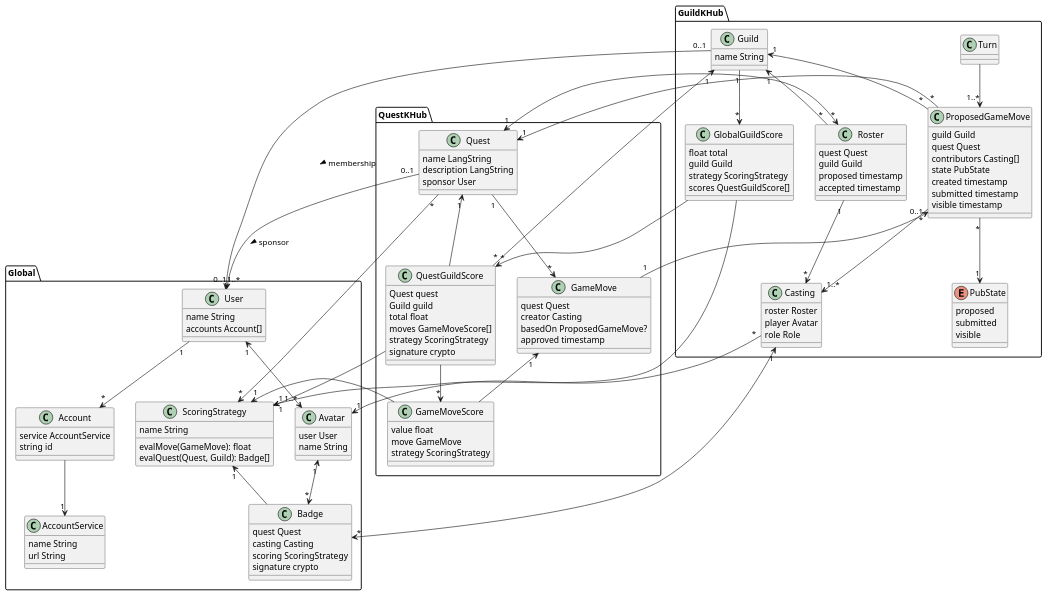
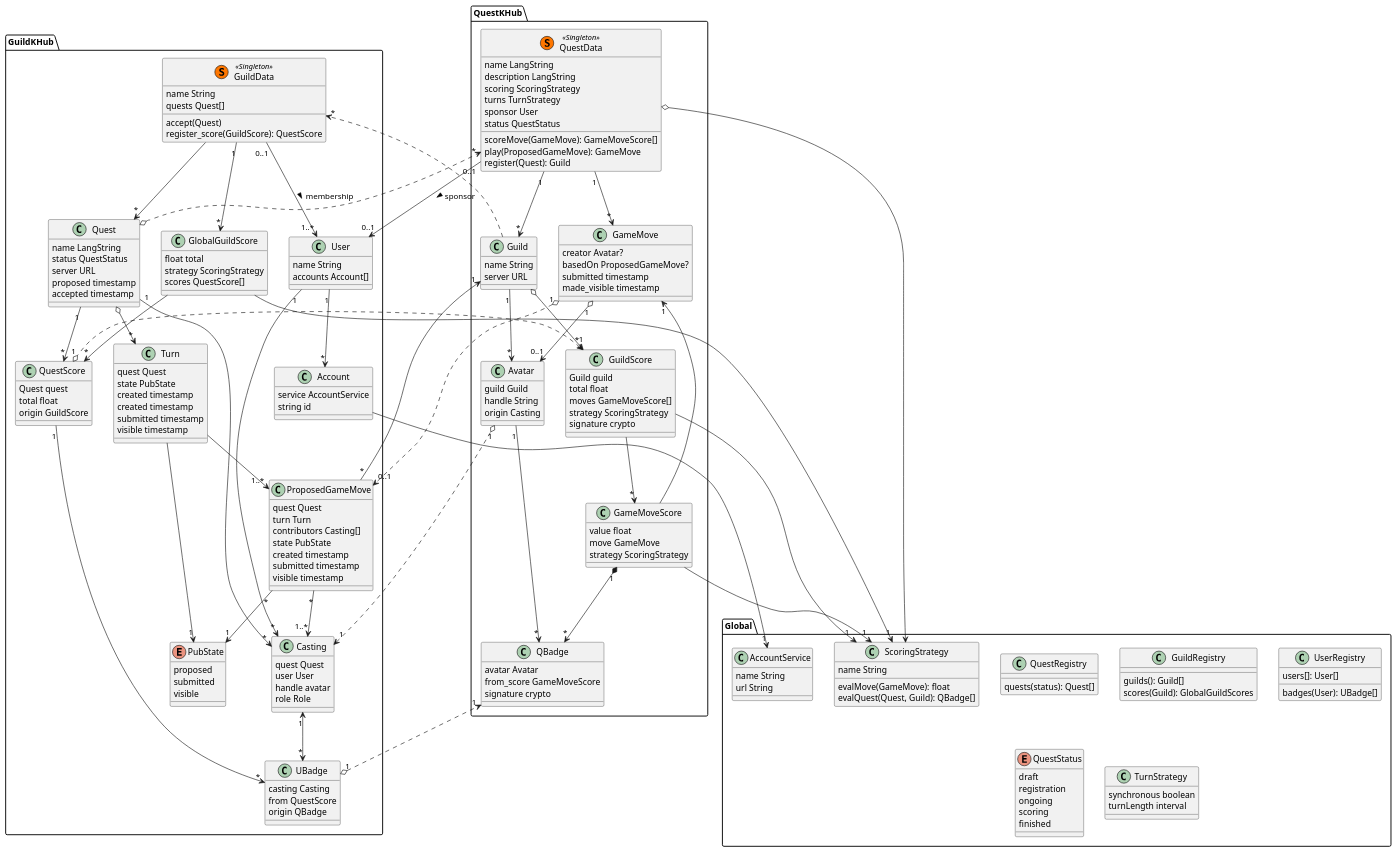
One commit to topicquests/sensecraft changed the diagram in documentation/diagrams/qaas.puml. Above: the diagram before and after it, drawn with PlantUML.

Commit message:
new quest diagram

```diff
--- a/documentation/diagrams/qaas.puml
+++ b/documentation/diagrams/qaas.puml
@@ -4,15 +4,153 @@
 
 package Global {
 
-  class User {
+
+  class ScoringStrategy {
     name String
-    accounts Account[]
+    evalMove(GameMove): float
+    evalQuest(Quest, Guild): QBadge[]
   }
 
   class AccountService {
     name String
     url String
   }
+
+  class QuestRegistry {
+    quests(status): Quest[]
+  }
+
+  class GuildRegistry {
+    guilds(): Guild[]
+    scores(Guild): GlobalGuildScores
+  }
+
+  class UserRegistry {
+    users[]: User[]
+    badges(User): UBadge[]
+  }
+
+  enum QuestStatus {
+    draft
+    registration
+    ongoing
+    scoring
+    finished
+  }
+
+  class TurnStrategy {
+    synchronous boolean
+    turnLength interval
+  }
+
+}
+
+package QuestKHub {
+
+  ' QuestRegistry --> "*" QuestData
+
+  class QuestData << (S,#ff7700) Singleton>> {
+    name LangString
+    description LangString
+    scoring ScoringStrategy
+    turns TurnStrategy
+    sponsor User
+    status QuestStatus
+    scoreMove(GameMove): GameMoveScore[]
+    play(ProposedGameMove): GameMove
+    ' Maybe have a QProposedGameMove in case of non-synchronous turn strategy
+    register(Quest): Guild
+    ' will also create the Avatars from the Quest's castings
+  }
+
+
+  class Guild {
+    name String
+    server URL
+  }
+
+  QuestData "1" --> "*" Guild
+
+  class Avatar {
+    guild Guild
+    handle String
+    origin Casting
+  }
+
+  Guild "1" --> "*" Avatar
+
+  class GameMove {
+    creator Avatar?
+    basedOn ProposedGameMove?
+    submitted timestamp
+    made_visible timestamp
+  }
+
+  QuestData "1" --> "*" GameMove
+  GameMove "1" o--> "0..1" Avatar
+  QuestData o--> ScoringStrategy
+  
+  class GameMoveScore {
+    value float
+    move GameMove
+    strategy ScoringStrategy
+  }
+  GameMove "1" <-- GameMoveScore
+  GameMoveScore --> "1" ScoringStrategy
+  class GuildScore {
+    Guild guild
+    total float
+    moves GameMoveScore[]
+    strategy ScoringStrategy
+    signature crypto
+  }
+  Guild o--> "*" GuildScore
+  GuildScore --> "*" GameMoveScore
+  GuildScore --> "1" ScoringStrategy
+
+
+  class QBadge {
+    avatar Avatar
+    from_score GameMoveScore
+    signature crypto
+  }
+
+  GameMoveScore "1" *--> "*" QBadge
+  Avatar "1" --> "*" QBadge
+
+}
+
+
+package GuildKHub {
+
+  ' GuildRegistry --> "*" GuildData
+  ' GuildRegistry -> "*" GlobalGuildScore
+
+  ' UserRegistry --> "*" User
+  ' UserRegistry -> "*" UBadge
+
+  class GuildData << (S,#ff7700) Singleton>> {
+    name String
+    quests Quest[]
+    accept(Quest)
+    register_score(GuildScore): QuestScore
+  }
+  Guild .> "*" GuildData
+  GuildData --> "*" Quest
+
+  class User {
+    name String
+    accounts Account[]
+  }
+
+  class Casting {
+    quest Quest
+    user User
+    handle avatar
+    role Role
+  }
+
+  User "1" --> "*" Casting
 
   class Account {
     service AccountService
@@ -21,100 +159,43 @@
 
   Account --> "1" AccountService
   User "1" --> "*" Account
-  Avatar "1" <--> "*" Badge
 
-  class Badge {
-    quest Quest
-    casting Casting
-    scoring ScoringStrategy
-    signature crypto
-  }
+  Casting "1" <.o "1" Avatar
 
-  class Avatar {
-    user User
-    name String
-  }
-
-
-  ScoringStrategy "1" <-- Badge
-  User "1" <--> "1..*" Avatar
-
-  class ScoringStrategy {
-    name String
-    evalMove(GameMove): float
-    evalQuest(Quest, Guild): Badge[]
-  }
-
-}
-
-package QuestKHub {
+  GuildData "0..1" --> "1..*" User : > membership
+  Quest "1" --> "*" QuestScore
 
   class Quest {
     name LangString
-    description LangString
-    sponsor User
-  }
-
-  class GameMove {
-    quest Quest
-    creator Casting
-    basedOn ProposedGameMove?
-    approved timestamp
-
-
-  }
-
-  Quest "1" --> "*" GameMove
-  Quest "*" --> "*" ScoringStrategy
-  class GameMoveScore {
-    value float
-    move GameMove
-    strategy ScoringStrategy
-  }
-  GameMove "1" <-- GameMoveScore
-  GameMoveScore --> "1" ScoringStrategy
-  class QuestGuildScore {
-    Quest quest
-    Guild guild
-    total float
-    moves GameMoveScore[]
-    strategy ScoringStrategy
-    signature crypto
-  }
-  Quest "1" <-- QuestGuildScore
-  Quest "0..1" --> "0..1" User : > sponsor
-  QuestGuildScore --> "*" GameMoveScore
-  QuestGuildScore --> "1" ScoringStrategy
-}
-
-
-package GuildKHub {
-  class Guild {
-    name String
-  }
-
-  Guild "0..1" --> "1..*" User : > membership
-  Guild "1" <-- "*" QuestGuildScore
-
-  class Casting {
-    roster Roster
-    player Avatar
-    role Role
-  }
-
-  Casting "*" --> "1" Avatar
-  Badge "*" <--> "1" Casting
-
-  class Roster {
-    quest Quest
-    guild Guild
+    status QuestStatus
+    server URL
     proposed timestamp
     accepted timestamp
   }
 
-  Guild "1" <-- "*" Roster
-  Roster "*" <--> "1" Quest
-  Roster "1" --> "*" Casting
+  Quest o.> "*" QuestData
+
+  class QuestScore {
+    Quest quest
+    total float
+    origin GuildScore
+  }
+
+  GuildScore "1" <.o "1" QuestScore
+
+
+  class UBadge {
+    casting Casting
+    from QuestScore
+    origin QBadge
+  }
+
+  UBadge "1" o.> "1" QBadge
+  QuestScore "1" --> "*" UBadge
+
+  Casting "1" <--> "*" UBadge
+
+  Quest "1" --> "*" Casting
 
   enum PubState {
     proposed
@@ -124,36 +205,43 @@
   }
 
   class Turn {
-
+    quest Quest
+    state PubState
+    created timestamp
+    created timestamp
+    submitted timestamp
+    visible timestamp
   }
 
+  Quest o--> "*" Turn
   Turn --> "1..*" ProposedGameMove
+  Turn --> "1" PubState
 
   class ProposedGameMove {
-    guild Guild
     quest Quest
+    turn Turn
     contributors Casting[]
     state PubState
     created timestamp
     submitted timestamp
     visible timestamp
   }
-  GameMove "1" --> "0..1" ProposedGameMove
-  ProposedGameMove "*" --> "1" Quest
+  GameMove "1" o.> "0..1" ProposedGameMove
   Guild "1" <-- "*" ProposedGameMove
   ProposedGameMove "*" --> "1..*" Casting
   ProposedGameMove "*" --> "1" PubState
 
   class GlobalGuildScore {
     float total
-    guild Guild
     strategy ScoringStrategy
-    scores QuestGuildScore[]
+    scores QuestScore[]
   }
 
-  Guild "1" --> "*" GlobalGuildScore
+  GuildData "1" --> "*" GlobalGuildScore
   GlobalGuildScore --> "1" ScoringStrategy
-  GlobalGuildScore --> "*" QuestGuildScore
+  GlobalGuildScore --> "*" QuestScore
+
+  QuestData "0..1" --> "0..1" User : > sponsor
 
 }
 
```
